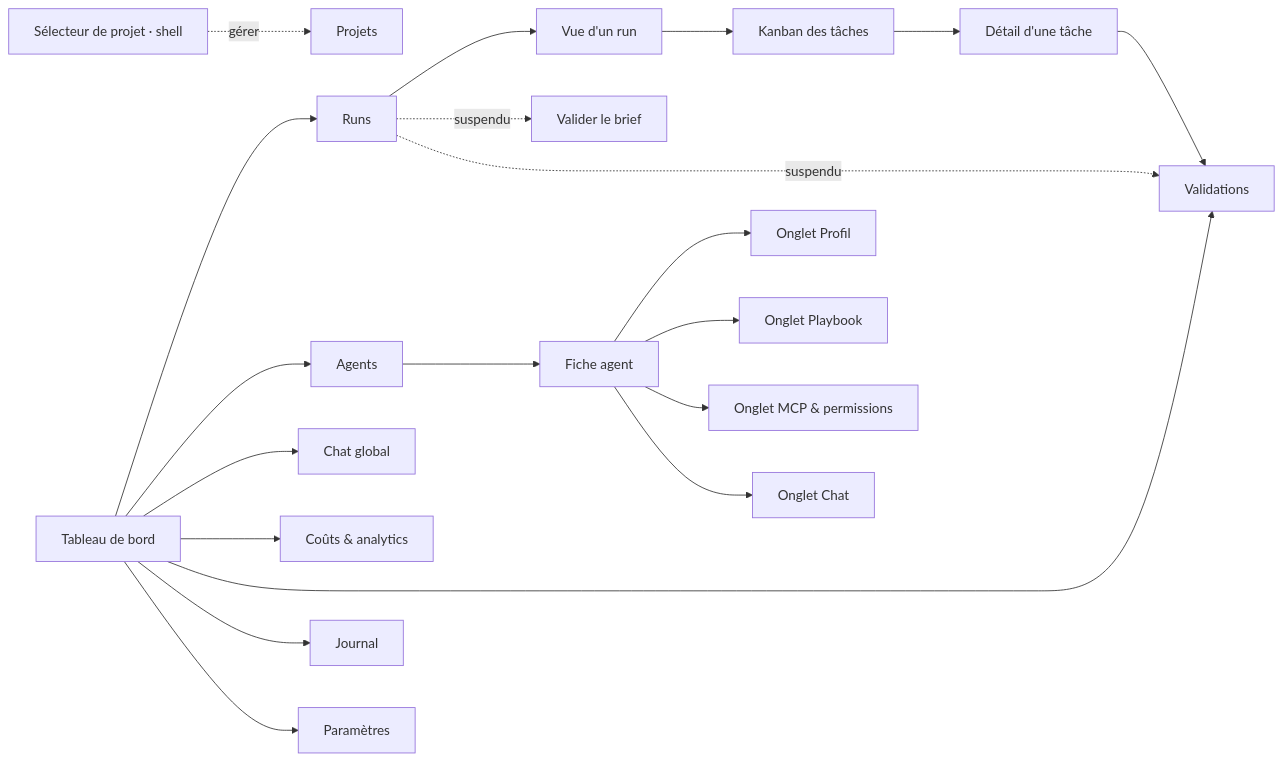
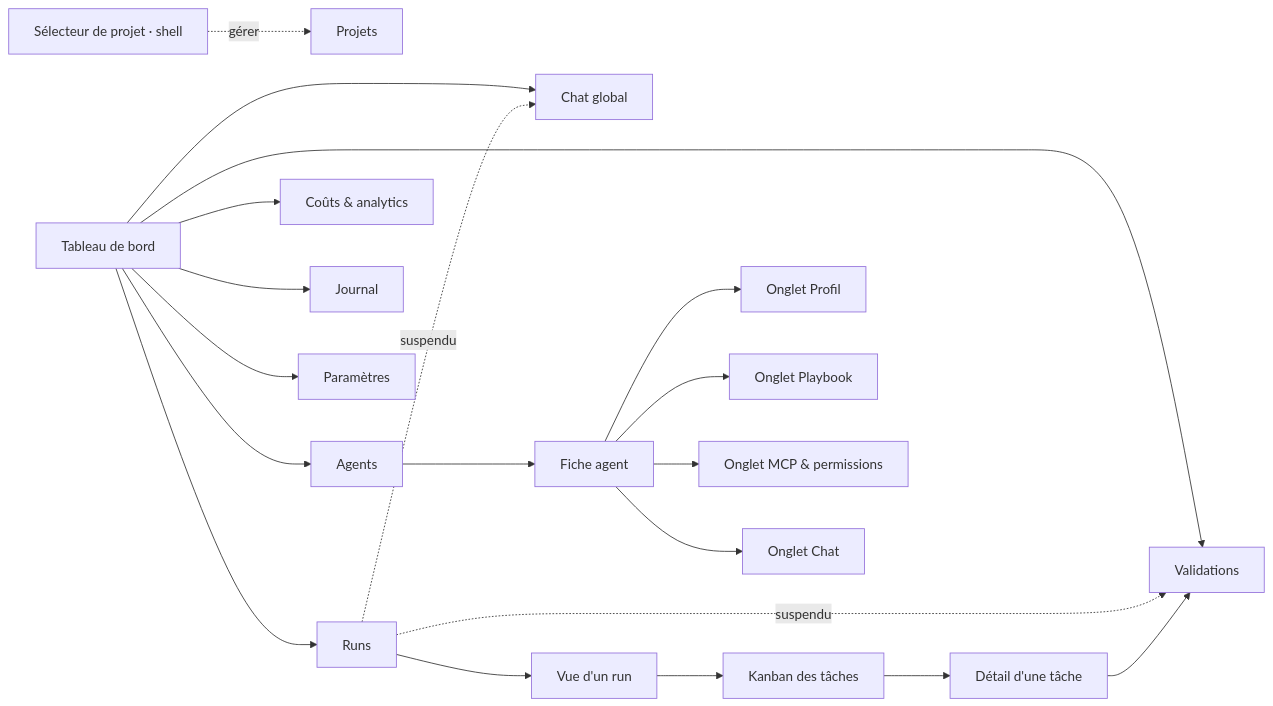
One commit to automatemaestro-create/maestro changed the diagram in docs/05-interface-control-tower.md. Above: the diagram before and after it, drawn with Mermaid. The commit also changed other lines of this file and 14 other files, not shown here.

````diff
--- a/docs/05-interface-control-tower.md
+++ b/docs/05-interface-control-tower.md
@@ -38,22 +38,22 @@
 ```mermaid
 flowchart LR
     Selecteur[Sélecteur de projet · shell] -. gérer .-> Projets[Projets]
     Home[Tableau de bord] --> Runs[Runs]
     Home --> Agents[Agents]
     Home --> Chat[Chat global]
     Home --> Costs[Coûts & analytics]
     Home --> Approve[Validations]
     Home --> Journal[Journal]
     Home --> Settings[Paramètres]
     Runs --> RunDetail[Vue d'un run]
     RunDetail --> Tasks[Kanban des tâches]
-    Runs -. suspendu .-> Brief[Valider le brief]
+    Runs -. suspendu .-> Chat
     Runs -. suspendu .-> Approve
     Agents --> AgentDetail[Fiche agent]
     AgentDetail --> Profil[Onglet Profil]
     AgentDetail --> Playbook[Onglet Playbook]
     AgentDetail --> Mcp[Onglet MCP & permissions]
     AgentDetail --> AgentChat[Onglet Chat]
     Tasks --> TaskDetail[Détail d'une tâche]
     TaskDetail --> Approve
 ```
````
